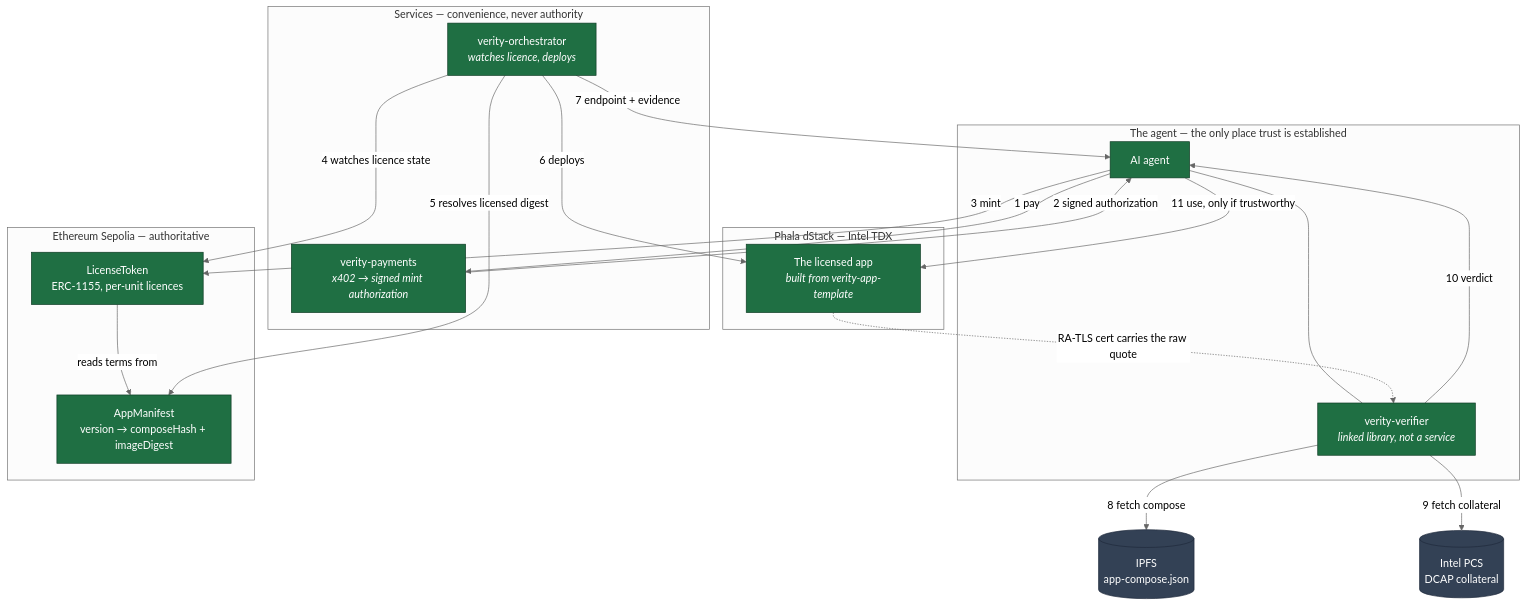
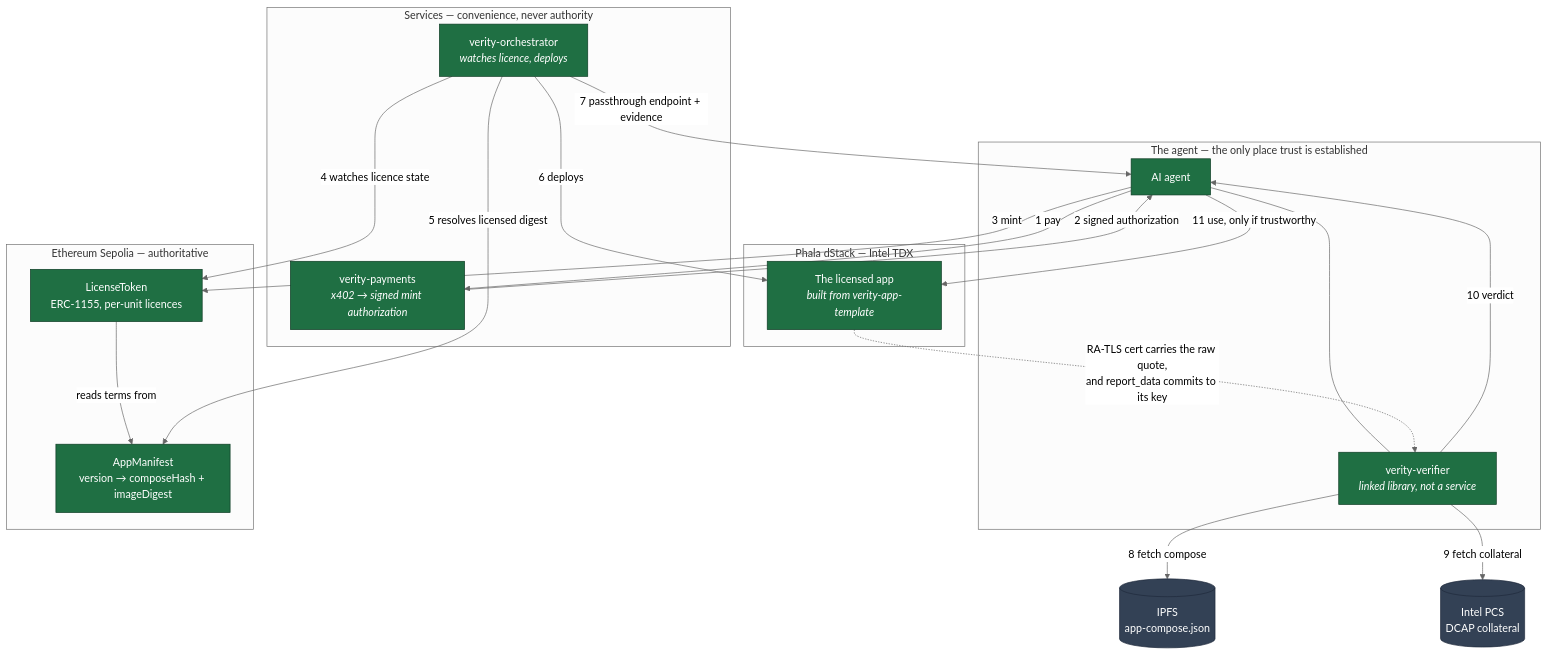
The first of 5 diagrams in docs/ARCHITECTURE.md (ithaka-dev/verity-foundation), drawn with Mermaid (neutral theme) before and after one commit. The commit also changed other lines of this file and 5 other files, not shown here.

````diff
--- a/docs/ARCHITECTURE.md
+++ b/docs/ARCHITECTURE.md
@@ -31,44 +31,44 @@
 ```mermaid
 graph TB
     subgraph agent["The agent — the only place trust is established"]
         A["AI agent"]
         V["verity-verifier<br/><i>linked library, not a service</i>"]
         A --- V
     end
 
     subgraph chain["Ethereum Sepolia — authoritative"]
         LT["LicenseToken<br/>ERC-1155, per-unit licences"]
         AM["AppManifest<br/>version → composeHash + imageDigest"]
         LT -->|"reads terms from"| AM
     end
 
     subgraph svc["Services — convenience, never authority"]
         P["verity-payments<br/><i>x402 → signed mint authorization</i>"]
         O["verity-orchestrator<br/><i>watches licence, deploys</i>"]
     end
 
     subgraph tee["Phala dStack — Intel TDX"]
         CVM["The licensed app<br/><i>built from verity-app-template</i>"]
     end
 
     IPFS[("IPFS<br/>app-compose.json")]
     INTEL[("Intel PCS<br/>DCAP collateral")]
 
     A -->|"1 pay"| P
     P -->|"2 signed authorization"| A
     A -->|"3 mint"| LT
     O -->|"4 watches licence state"| LT
     O -->|"5 resolves licensed digest"| AM
     O -->|"6 deploys"| CVM
-    O -->|"7 endpoint + evidence"| A
+    O -->|"7 passthrough endpoint + evidence"| A
     V -->|"8 fetch compose"| IPFS
     V -->|"9 fetch collateral"| INTEL
     V -->|"10 verdict"| A
     A -->|"11 use, only if trustworthy"| CVM
-    CVM -.->|"RA-TLS cert carries the raw quote"| V
+    CVM -.->|"RA-TLS cert carries the raw quote,<br/>and report_data commits to its key"| V
 
     classDef built fill:#1f6f43,stroke:#0d3a23,color:#fff
     classDef external fill:#334155,stroke:#1e293b,color:#fff
     class A,V,LT,AM,P,O,CVM built
     class IPFS,INTEL external
 ```
````
